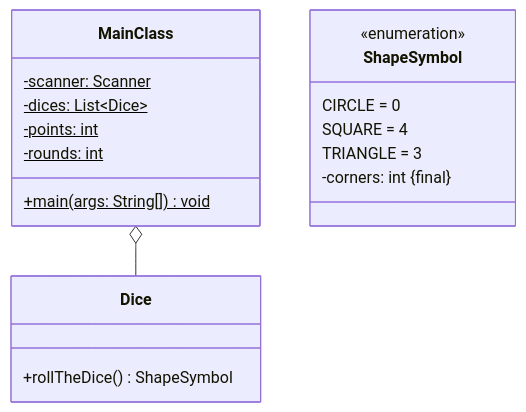
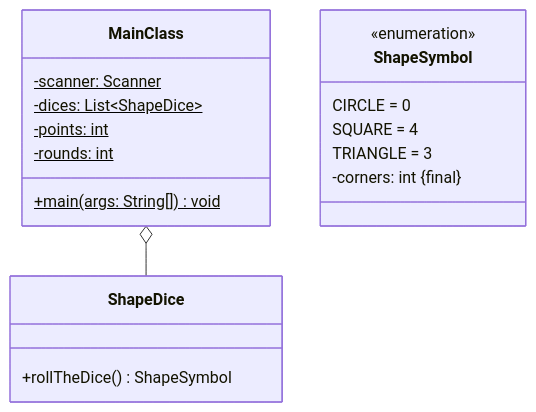
The diagram in docs/exam-exercises/exam-exercises-java1/dice-games/dice-game-02.md (jappuccini/java-docs), drawn with Mermaid before and after one commit. The commit also changed other lines of this file and 14 other files, not shown here.

````diff
--- a/docs/exam-exercises/exam-exercises-java1/dice-games/dice-game-02.md
+++ b/docs/exam-exercises/exam-exercises-java1/dice-games/dice-game-02.md
@@ -12,24 +12,21 @@
 ```mermaid
 classDiagram
-    MainClass o-- Dice
-
-    class MainClass {
-        -scanner: Scanner$
-        -dices: List~Dice~$
-        -points: int$
-        -rounds: int$
-        +main(args: String[]) void$
-    }
-
-    class Dice {
-        +rollTheDice() ShapeSymbol
-    }
-
-    class ShapeSymbol {
-        <<enumeration>>
-        CIRCLE = 0
-        SQUARE = 4
-        TRIANGLE = 3
-        -corners: int #123;final#125;
-    }
+   MainClass o-- ShapeDice
+   class MainClass {
+      -scanner: Scanner$
+      -dices: List~ShapeDice~$
+      -points: int$
+      -rounds: int$
+      +main(args: String[]) void$
+   }
+   class ShapeDice {
+      +rollTheDice() ShapeSymbol
+   }
+   class ShapeSymbol {
+      <<enumeration>>
+      CIRCLE = 0
+      SQUARE = 4
+      TRIANGLE = 3
+      -corners: int #123;final#125;
+   }
 ```
````
